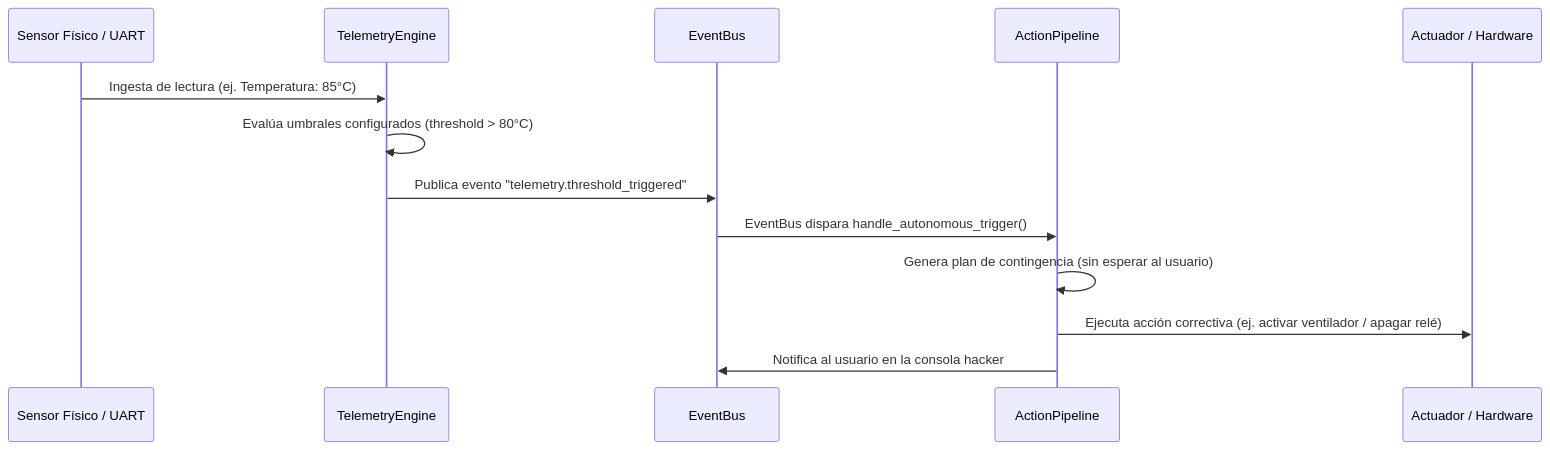
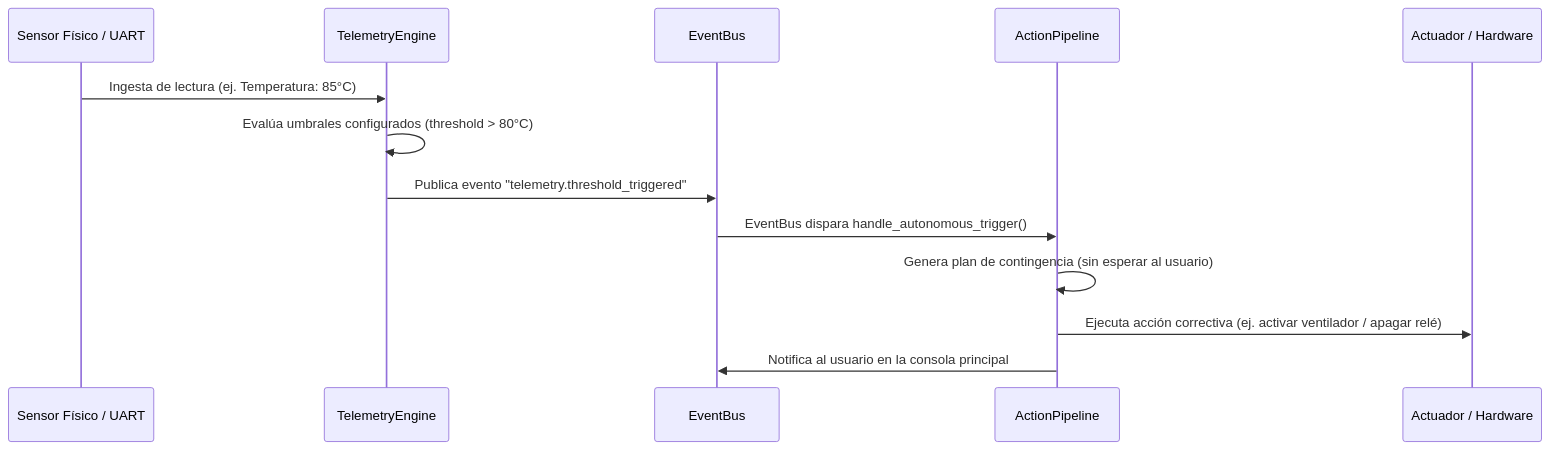
The second of 2 diagrams in ingenieria/01_ARQUITECTURA_COGNITIVA_Y_PIPELINE.md (Thel-Vatham/WIS-V2), drawn with Mermaid before and after one commit. The commit also changed other lines of this file and 51 other files, not shown here.

````diff
--- a/ingenieria/01_ARQUITECTURA_COGNITIVA_Y_PIPELINE.md
+++ b/ingenieria/01_ARQUITECTURA_COGNITIVA_Y_PIPELINE.md
@@ -77,16 +77,16 @@
 ```mermaid
 sequenceDiagram
     participant S as Sensor Físico / UART
     participant T as TelemetryEngine
     participant B as EventBus
     participant P as ActionPipeline
     participant A as Actuador / Hardware
 
     S->>T: Ingesta de lectura (ej. Temperatura: 85°C)
     T->>T: Evalúa umbrales configurados (threshold > 80°C)
     T->>B: Publica evento "telemetry.threshold_triggered"
     B->>P: EventBus dispara handle_autonomous_trigger()
     P->>P: Genera plan de contingencia (sin esperar al usuario)
     P->>A: Ejecuta acción correctiva (ej. activar ventilador / apagar relé)
-    P->>B: Notifica al usuario en la consola hacker
+    P->>B: Notifica al usuario en la consola principal
 ```
````
